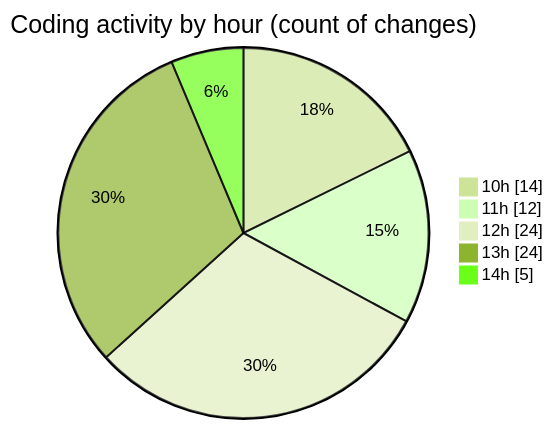
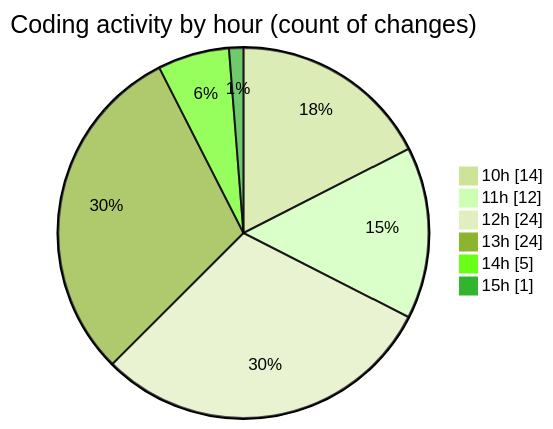
The second of 2 diagrams in 2025-09-29/cda/README.md (momahboobian/code-tracking), drawn with Mermaid (forest theme) before and after one commit. The commit also changed other lines of this file and 1 other file, not shown here.

````diff
--- a/2025-09-29/cda/README.md
+++ b/2025-09-29/cda/README.md
@@ -38,9 +40,10 @@
 ```mermaid
 pie showData
 title Coding activity by hour (count of changes)
 "10h" : 14
 "11h" : 12
 "12h" : 24
 "13h" : 24
 "14h" : 5
+"15h" : 1
 ```
````
